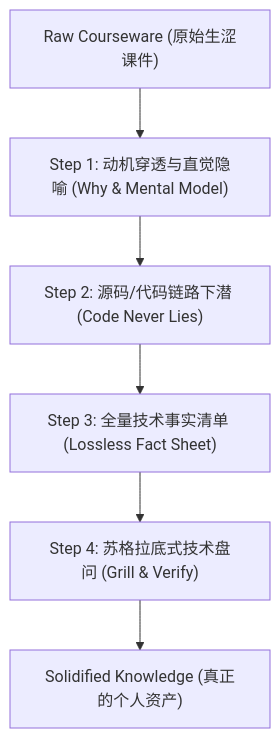
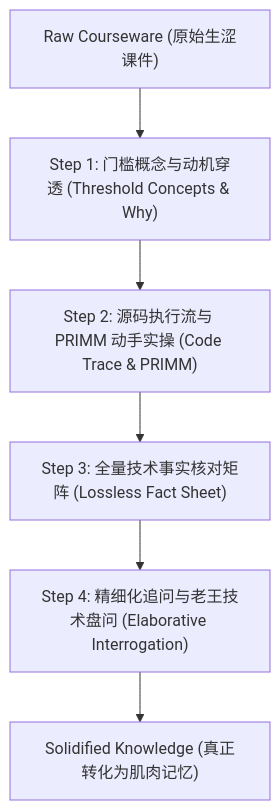
The diagram in .agents/skills/study-coach/SKILL.md (ljxpython/ai-study-template), drawn with Mermaid before and after one commit. The commit also changed other lines of this file and 48 other files, not shown here.

````diff
--- a/.agents/skills/study-coach/SKILL.md
+++ b/.agents/skills/study-coach/SKILL.md
@@ -22,8 +43,8 @@
 ```mermaid
 flowchart TD
-    A["Raw Courseware (原始生涩课件)"] --> B["Step 1: 动机穿透与直觉隐喻 (Why & Mental Model)"]
-    B --> C["Step 2: 源码/代码链路下潜 (Code Never Lies)"]
-    C --> D["Step 3: 全量技术事实清单 (Lossless Fact Sheet)"]
-    D --> E["Step 4: 苏格拉底式技术盘问 (Grill & Verify)"]
-    E --> F["Solidified Knowledge (真正的个人资产)"]
+    A["Raw Courseware (原始生涩课件)"] --> B["Step 1: 门槛概念与动机穿透 (Threshold Concepts & Why)"]
+    B --> C["Step 2: 源码执行流与 PRIMM 动手实操 (Code Trace & PRIMM)"]
+    C --> D["Step 3: 全量技术事实核对矩阵 (Lossless Fact Sheet)"]
+    D --> E["Step 4: 精细化追问与老王技术盘问 (Elaborative Interrogation)"]
+    E --> F["Solidified Knowledge (真正转化为肌肉记忆)"]
 ```
````
